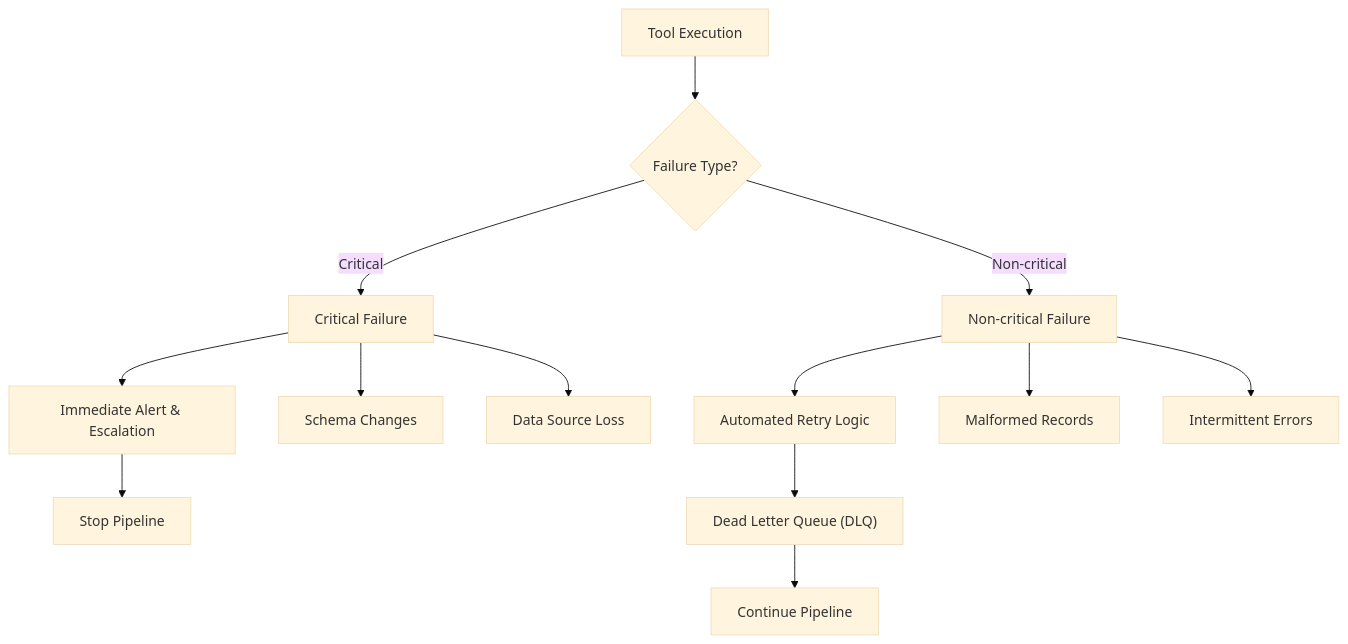
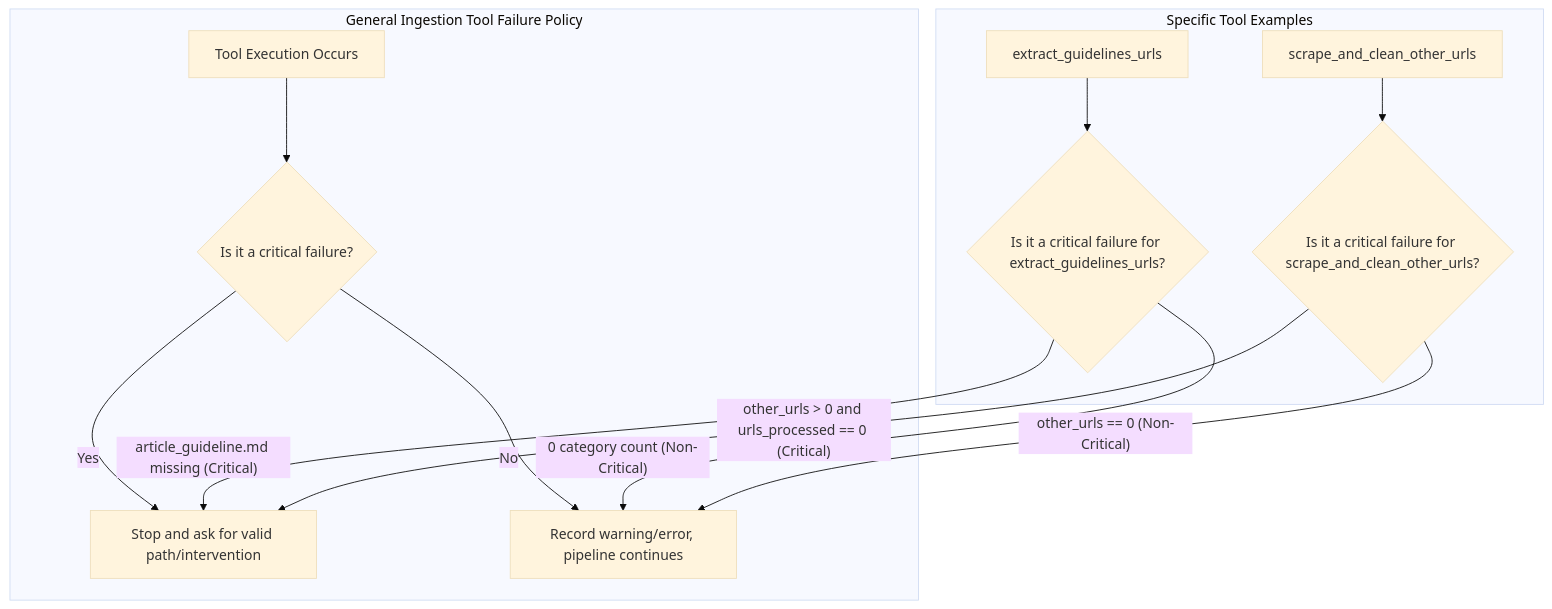
The eighth of 8 diagrams in lessons/17_data_ingestion/article.md (shoaibkhanz/agentic-ai-engineering-course), drawn with Mermaid (base theme) before and after one commit. The commit also changed other lines of this file and 8 other files, not shown here.

Commit message:
feat: add guidelines and articles of L18 and L19; fix 'local_file_paths' bug in process local files tool

````diff
--- a/lessons/17_data_ingestion/article.md
+++ b/lessons/17_data_ingestion/article.md
@@ -266,19 +645,21 @@
 ```mermaid
 graph TD
-    A["Tool Execution"] --> B{"Failure Type?"}
+    subgraph "General Ingestion Tool Failure Policy"
+        A["Tool Execution Occurs"]
+        A --> B{"Is it a critical failure?"}
+        B -->|"Yes"| C["Stop and ask for valid path/intervention"]
+        B -->|"No"| D["Record warning/error, pipeline continues"]
+    end
 
-    B -->|"Critical"| C["Critical Failure"]
-    C --> D["Immediate Alert & Escalation"]
-    D --> E["Stop Pipeline"]
+    subgraph "Specific Tool Examples"
+        E["extract_guidelines_urls"]
+        E --> F{"Is it a critical failure for extract_guidelines_urls?"}
+        F -->|"article_guideline.md missing (Critical)"| C
+        F -->|"0 category count (Non-Critical)"| D
 
-    C --> F["Schema Changes"]
-    C --> G["Data Source Loss"]
-
-    B -->|"Non-critical"| H["Non-critical Failure"]
-    H --> I["Automated Retry Logic"]
-    I --> J["Dead Letter Queue (DLQ)"]
-    J --> K["Continue Pipeline"]
-
-    H --> L["Malformed Records"]
-    H --> M["Intermittent Errors"]
+        G["scrape_and_clean_other_urls"]
+        G --> H{"Is it a critical failure for scrape_and_clean_other_urls?"}
+        H -->|"other_urls > 0 and urls_processed == 0 (Critical)"| C
+        H -->|"other_urls == 0 (Non-Critical)"| D
+    end
 ```
````
